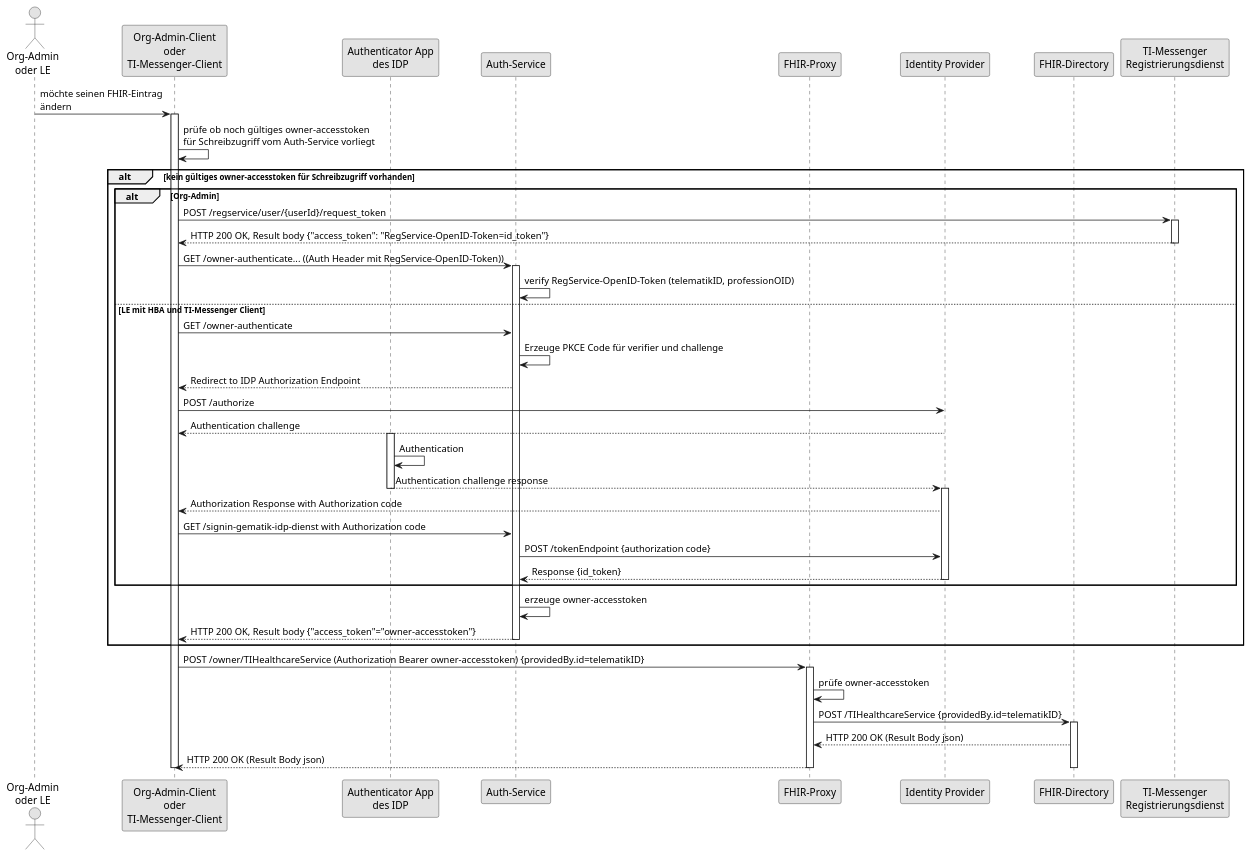
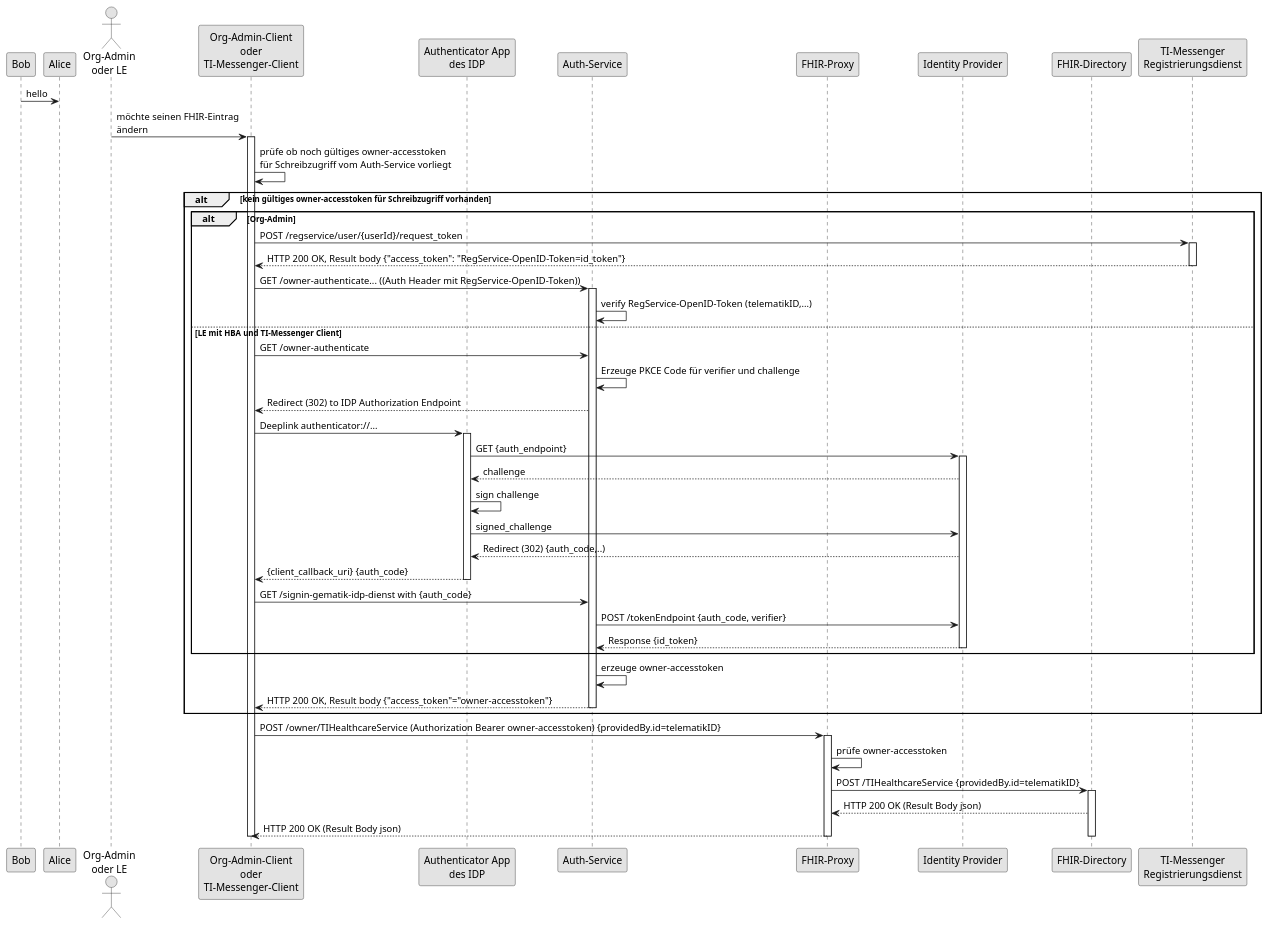
The diagram in src/plantuml/SequenceDiagram.FHIR-Directory.owner.puml (gematik/api-vzd), drawn with PlantUML before and after one commit.

```diff
--- a/src/plantuml/SequenceDiagram.FHIR-Directory.owner.puml
+++ b/src/plantuml/SequenceDiagram.FHIR-Directory.owner.puml
@@ -1,59 +1,65 @@
-@startuml FHIR-Directory, Sequenzdiagram Änderung von eigenen -Einträgen
+@startuml
+Bob -> Alice : hello
+
 skinparam dpi 100
 skinparam WrapWidth 200
 skinparam monochrome true
 
 'title "FHIR-Directory, Sequenzdiagram Änderung von eigenen Einträgen'
 actor o as "Org-Admin\noder LE"
 participant cl as "Org-Admin-Client\noder\nTI-Messenger-Client"
 participant aa as "Authenticator App\ndes IDP"
 participant au as "Auth-Service"
 participant fp as "FHIR-Proxy"
 participant idp as "Identity Provider"
 participant fd as "FHIR-Directory"
 participant rd as "TI-Messenger\nRegistrierungsdienst"
 o -> cl: möchte seinen FHIR-Eintrag\nändern
 activate cl
 cl -> cl: prüfe ob noch gültiges owner-accesstoken\nfür Schreibzugriff vom Auth-Service vorliegt
 alt kein gültiges owner-accesstoken für Schreibzugriff vorhanden
 alt Org-Admin
 cl -> rd: POST /regservice/user/{userId}/request_token
 activate rd
 rd --> cl: HTTP 200 OK, Result body {"access_token": "RegService-OpenID-Token=id_token"}
 deactivate rd
 cl -> au: GET /owner-authenticate... ((Auth Header mit RegService-OpenID-Token))
 activate au
-au -> au: verify RegService-OpenID-Token (telematikID, professionOID)
+au -> au: verify RegService-OpenID-Token (telematikID,...)
 else LE mit HBA und TI-Messenger Client
 cl -> au: GET /owner-authenticate
 au -> au: Erzeuge PKCE Code für verifier und challenge
-au --> cl: Redirect to IDP Authorization Endpoint
-cl -> idp: POST /authorize
-idp --> cl: Authentication challenge
+au --> cl: Redirect (302) to IDP Authorization Endpoint
+cl -> aa: Deeplink authenticator://...
 activate aa
-aa -> aa: Authentication
-aa --> idp: Authentication challenge response
+
+aa -> idp: GET {auth_endpoint}
+activate idp
+idp --> aa: challenge
+aa -> aa: sign challenge
+aa-> idp: signed_challenge
+idp --> aa: Redirect (302) {auth_code,..)
+aa --> cl: {client_callback_uri} {auth_code}
 deactivate aa
-activate idp
-idp --> cl: Authorization Response with Authorization code
-cl -> au: GET /signin-gematik-idp-dienst with Authorization code
-au -> idp: POST /tokenEndpoint {authorization code}
+
+cl -> au: GET /signin-gematik-idp-dienst with {auth_code}
+au -> idp: POST /tokenEndpoint {auth_code, verifier}
 idp --> au: Response {id_token}
 
 deactivate idp
 end
 au -> au: erzeuge owner-accesstoken
 au --> cl: HTTP 200 OK, Result body {"access_token"="owner-accesstoken"}
 deactivate au
 end
 cl -> fp: POST /owner/TIHealthcareService (Authorization Bearer owner-accesstoken) {providedBy.id=telematikID}
 activate fp
 fp -> fp: prüfe owner-accesstoken
 fp -> fd: POST /TIHealthcareService {providedBy.id=telematikID}
 activate fd
 fd --> fp: HTTP 200 OK (Result Body json)
 fp --> cl: HTTP 200 OK (Result Body json)
 deactivate fd
 deactivate fp
 deactivate cl
 @enduml
```
